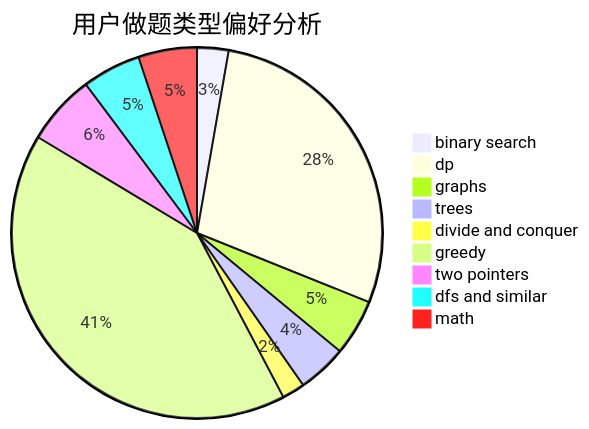
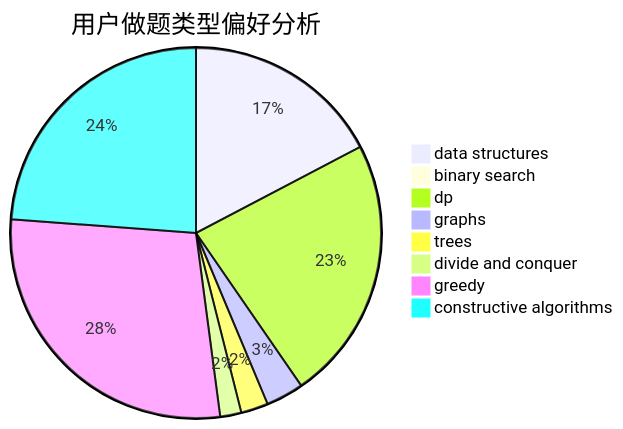
One commit to sherpahu/cfrs.github.io changed the second of 3 diagrams in docs/user/u60.md. Above: the diagram before and after it, drawn with Mermaid. The commit also changed other lines of this file and 2775 other files, not shown here.

````diff
--- a/docs/user/u60.md
+++ b/docs/user/u60.md
@@ -23,12 +23,11 @@
 ```mermaid
 pie title 用户做题类型偏好分析
-    "binary search" :  58
-    "dp" :  599
-    "graphs" :  104
-    "trees" :  91
+    "data structures" :  394
+    "binary search" :  9
+    "dp" :  525
+    "graphs" :  75
+    "trees" :  54
     "divide and conquer" :  42
-    "greedy" :  874
-    "two pointers" :  130
-    "dfs and similar" :  108
-    "math" :  108
+    "greedy" :  643
+    "constructive algorithms" :  542
 ```
````
